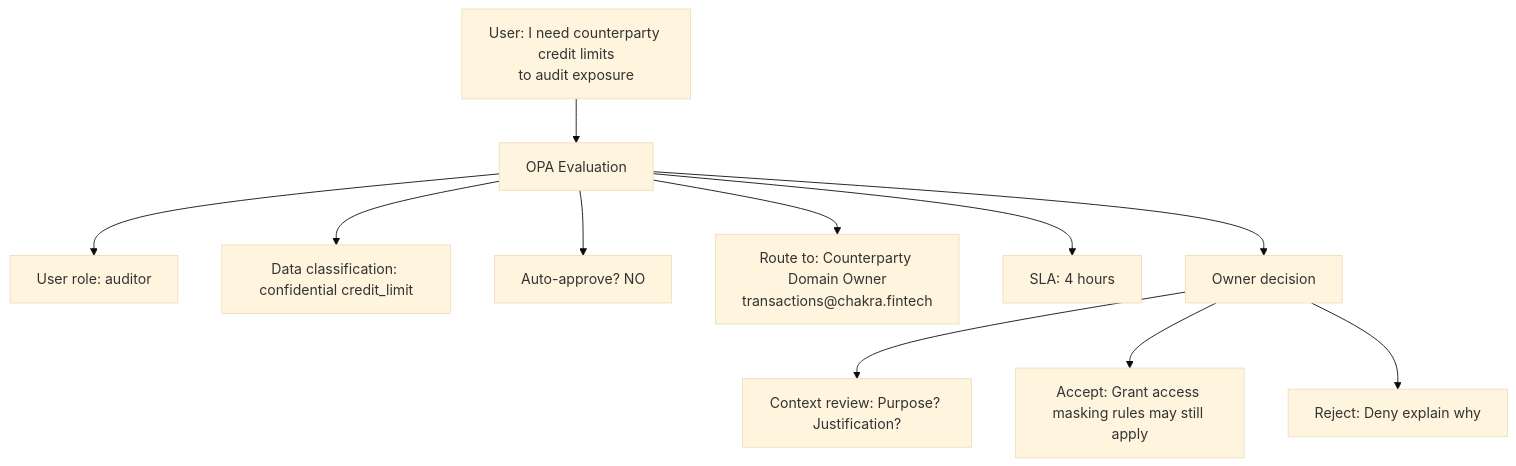
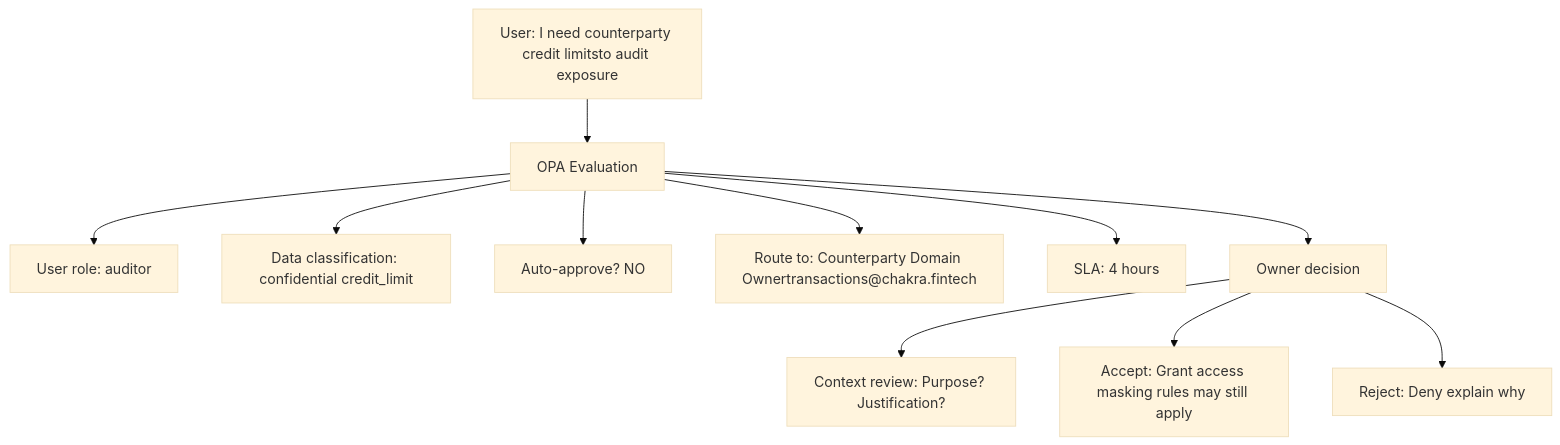
Before and after one commit to naren-chakraview/chakraview-fintech-data-mesh: the third of 3 diagrams in docs/domains/counterparties.md, drawn with Mermaid (base theme). The commit also changed other lines of this file and 9 other files, not shown here.

Commit message:
fix: remove HTML br tags from mermaid diagrams and fix diagram syntax for v11 compatibility

````diff
--- a/docs/domains/counterparties.md
+++ b/docs/domains/counterparties.md
@@ -199,14 +199,14 @@
 ```mermaid
 graph TD
-    A["User: I need counterparty credit limits<br/>to audit exposure"]
+    A["User: I need counterparty credit limitsto audit exposure"]
     A --> B["OPA Evaluation"]
     B --> B1["User role: auditor"]
     B --> B2["Data classification: confidential credit_limit"]
     B --> B3["Auto-approve? NO"]
-    B --> B4["Route to: Counterparty Domain Owner<br/>transactions@chakra.fintech"]
+    B --> B4["Route to: Counterparty Domain Ownertransactions@chakra.fintech"]
     B --> B5["SLA: 4 hours"]
     B --> C["Owner decision"]
     C --> C1["Context review: Purpose? Justification?"]
     C --> C2["Accept: Grant access masking rules may still apply"]
     C --> C3["Reject: Deny explain why"]
 ```
````
